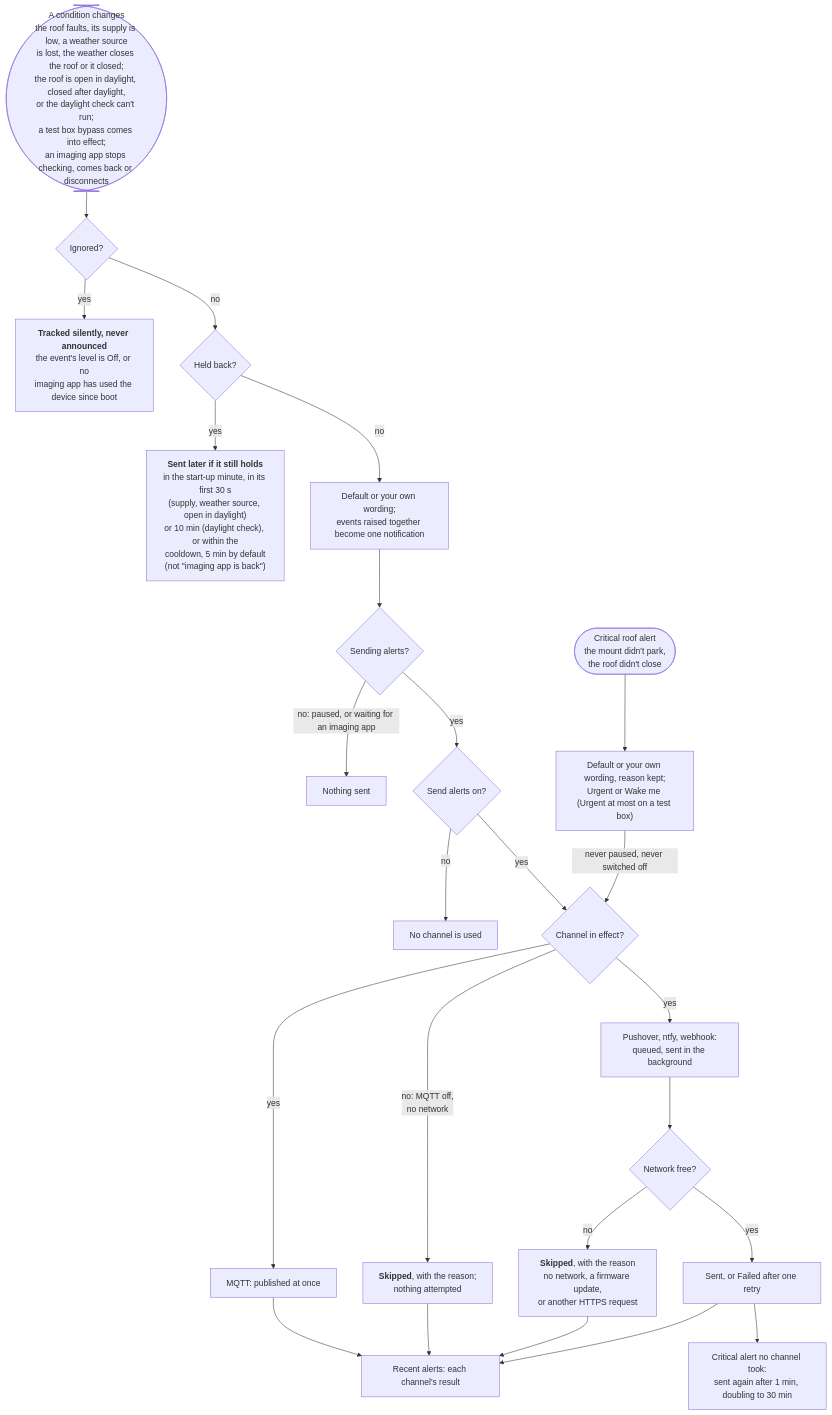
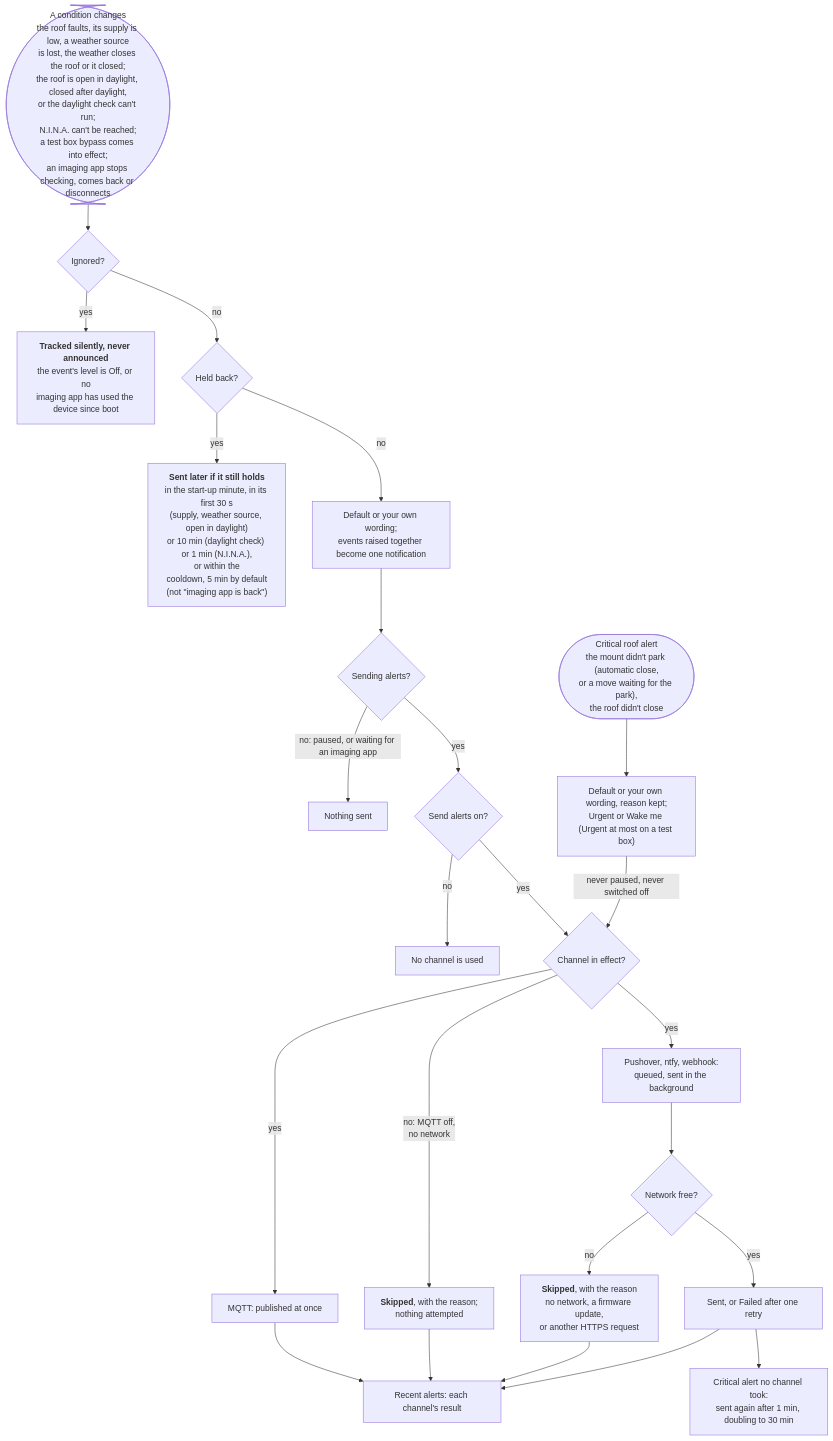
The diagram in docs/user-guide/alerts.md (DeanJ87/RoofRoof), drawn with Mermaid before and after one commit. The commit also changed other lines of this file and 23 other files, not shown here.

Commit message:
027: docs, REST and OpenAPI, contract schemas, Home Assistant page, changelog

````diff
--- a/docs/user-guide/alerts.md
+++ b/docs/user-guide/alerts.md
@@ -24,28 +24,28 @@
 ```mermaid
 flowchart TB
     accTitle: Why an alert does or doesn't arrive
     accDescr: Each second the device compares the roof and the imaging app with what you were last told. A change can be tracked silently, held back for now, or dropped by its level; otherwise it is worded and, if alerts are on and not paused, sent to every enabled channel, with each channel's result recorded. A critical roof alert skips the pause and the master switch, and is sent again until a channel takes it.
-    CHANGE(["A condition changes<br/>the roof faults, its supply is low, a weather source<br/>is lost, the weather closes the roof or it closed;<br/>the roof is open in daylight, closed after daylight,<br/>or the daylight check can't run;<br/>a test box bypass comes into effect;<br/>an imaging app stops checking, comes back or disconnects"]) --> SILENT{"Ignored?"}
+    CHANGE(["A condition changes<br/>the roof faults, its supply is low, a weather source<br/>is lost, the weather closes the roof or it closed;<br/>the roof is open in daylight, closed after daylight,<br/>or the daylight check can't run;<br/>N.I.N.A. can't be reached;<br/>a test box bypass comes into effect;<br/>an imaging app stops checking, comes back or disconnects"]) --> SILENT{"Ignored?"}
     SILENT -->|yes| TRACKED["<b>Tracked silently, never announced</b><br/>the event's level is Off, or no<br/>imaging app has used the device since boot"]
     SILENT -->|no| HELD{"Held back?"}
-    HELD -->|yes| LATER["<b>Sent later if it still holds</b><br/>in the start-up minute, in its first 30 s<br/>(supply, weather source, open in daylight)<br/>or 10 min (daylight check), or within the<br/>cooldown, 5 min by default<br/>(not &quot;imaging app is back&quot;)"]
+    HELD -->|yes| LATER["<b>Sent later if it still holds</b><br/>in the start-up minute, in its first 30 s<br/>(supply, weather source, open in daylight)<br/>or 10 min (daylight check) or 1 min (N.I.N.A.),<br/>or within the<br/>cooldown, 5 min by default<br/>(not &quot;imaging app is back&quot;)"]
     HELD -->|no| WORDING["Default or your own wording;<br/>events raised together become one notification"]
     WORDING --> ON{"Sending alerts?"}
     ON -->|"no: paused, or waiting for an imaging app"| NOTHING["Nothing sent"]
     ON -->|yes| MASTER{"Send alerts on?"}
     MASTER -->|no| NOPUSH["No channel is used"]
     MASTER -->|yes| INEFFECT{"Channel in effect?"}
-    CRITICAL(["Critical roof alert<br/>the mount didn't park,<br/>the roof didn't close"]) --> CWORDING["Default or your own wording, reason kept;<br/>Urgent or Wake me (Urgent at most on a test box)"]
+    CRITICAL(["Critical roof alert<br/>the mount didn't park (automatic close,<br/>or a move waiting for the park),<br/>the roof didn't close"]) --> CWORDING["Default or your own wording, reason kept;<br/>Urgent or Wake me (Urgent at most on a test box)"]
     CWORDING -->|"never paused, never switched off"| INEFFECT
     SENT --> AGAIN["Critical alert no channel took:<br/>sent again after 1 min, doubling to 30 min"]
     INEFFECT -->|"no: MQTT off,<br/>no network"| INACTIVE["<b>Skipped</b>, with the reason;<br/>nothing attempted"]
     INEFFECT -->|yes| MQTT["MQTT: published at once"]
     INEFFECT -->|yes| HTTP["Pushover, ntfy, webhook:<br/>queued, sent in the background"]
     HTTP --> CANSEND{"Network free?"}
     CANSEND -->|no| SKIPPED["<b>Skipped</b>, with the reason<br/>no network, a firmware update,<br/>or another HTTPS request"]
     CANSEND -->|yes| SENT["Sent, or Failed after one retry"]
     MQTT --> RECENT["Recent alerts: each channel's result"]
     INACTIVE --> RECENT
     SKIPPED --> RECENT
     SENT --> RECENT
 ```
````
